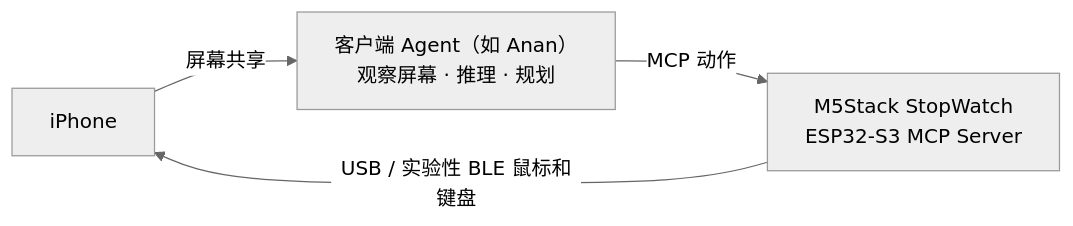
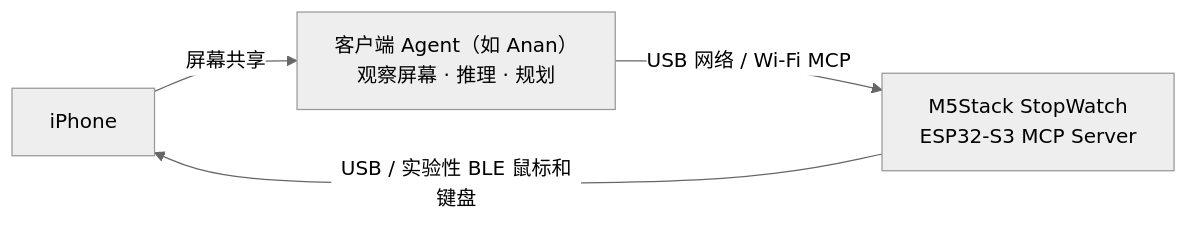
The diagram in README.zh-CN.md (ananhq/anan-iphone-use), drawn with Mermaid (neutral theme) before and after one commit. The commit also changed other lines of this file and 11 other files, not shown here.

````diff
--- a/README.zh-CN.md
+++ b/README.zh-CN.md
@@ -56,6 +59,6 @@
 ```mermaid
 flowchart LR
     Phone["iPhone"] -->|"屏幕共享"| Agent["客户端 Agent（如 Anan）<br/>观察屏幕 · 推理 · 规划"]
-    Agent -->|"MCP 动作"| Device["M5Stack StopWatch<br/>ESP32-S3 MCP Server"]
+    Agent -->|"USB 网络 / Wi-Fi MCP"| Device["M5Stack StopWatch<br/>ESP32-S3 MCP Server"]
     Device -->|"USB / 实验性 BLE 鼠标和键盘"| Phone
 ```
````
